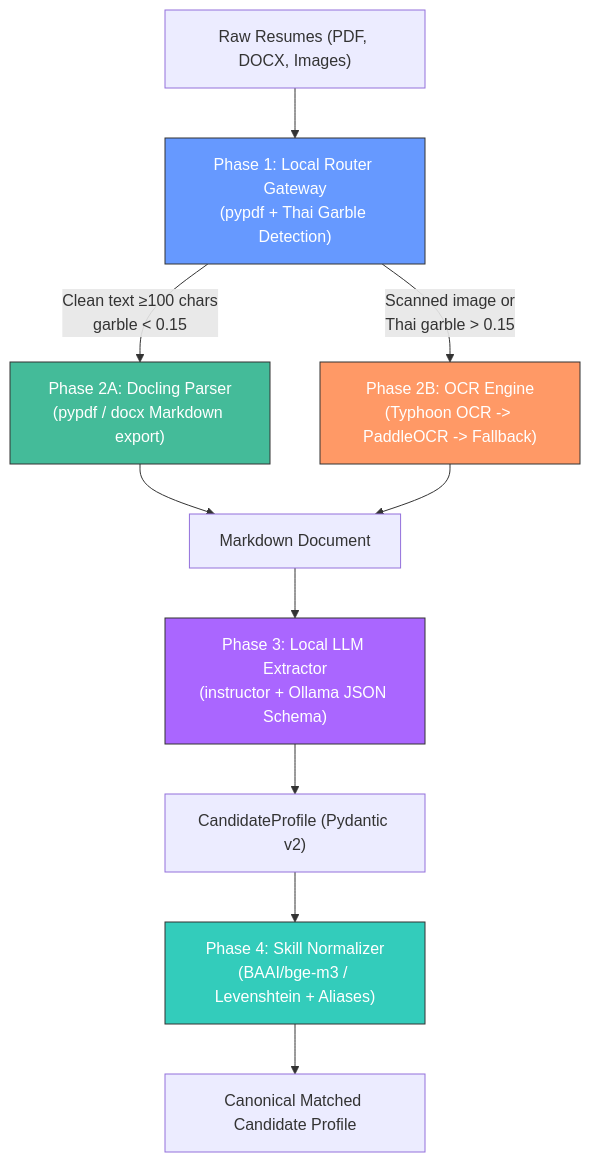
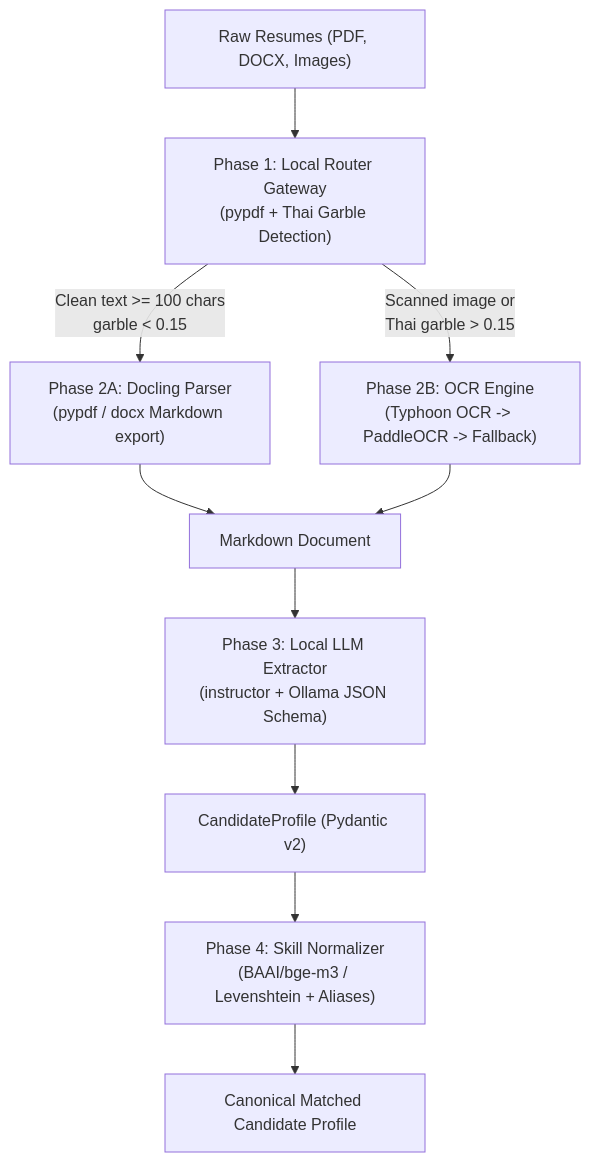
Before and after one commit to thanaboon8759/DUMB-DOG-AI: the diagram in README.md, drawn with Mermaid. The commit also changed other lines of this file and 1 other file, not shown here.

````diff
--- a/README.md
+++ b/README.md
@@ -9,18 +9,12 @@
 ```mermaid
 graph TD
     A["Raw Resumes (PDF, DOCX, Images)"] --> B["Phase 1: Local Router Gateway\n(pypdf + Thai Garble Detection)"]
-    B -->|"Clean text ≥100 chars\ngarble < 0.15"| C["Phase 2A: Docling Parser\n(pypdf / docx Markdown export)"]
+    B -->|"Clean text >= 100 chars\ngarble < 0.15"| C["Phase 2A: Docling Parser\n(pypdf / docx Markdown export)"]
     B -->|"Scanned image or\nThai garble > 0.15"| D["Phase 2B: OCR Engine\n(Typhoon OCR -> PaddleOCR -> Fallback)"]
     C --> E["Markdown Document"]
     D --> E
     E --> F["Phase 3: Local LLM Extractor\n(instructor + Ollama JSON Schema)"]
     F --> G["CandidateProfile (Pydantic v2)"]
     G --> H["Phase 4: Skill Normalizer\n(BAAI/bge-m3 / Levenshtein + Aliases)"]
     H --> I["Canonical Matched Candidate Profile"]
-    
-    style B fill:#69f,stroke:#333,color:#fff
-    style C fill:#4b9,stroke:#333,color:#fff
-    style D fill:#f96,stroke:#333,color:#fff
-    style F fill:#a6f,stroke:#333,color:#fff
-    style H fill:#3cb,stroke:#333,color:#fff
 ```
````
